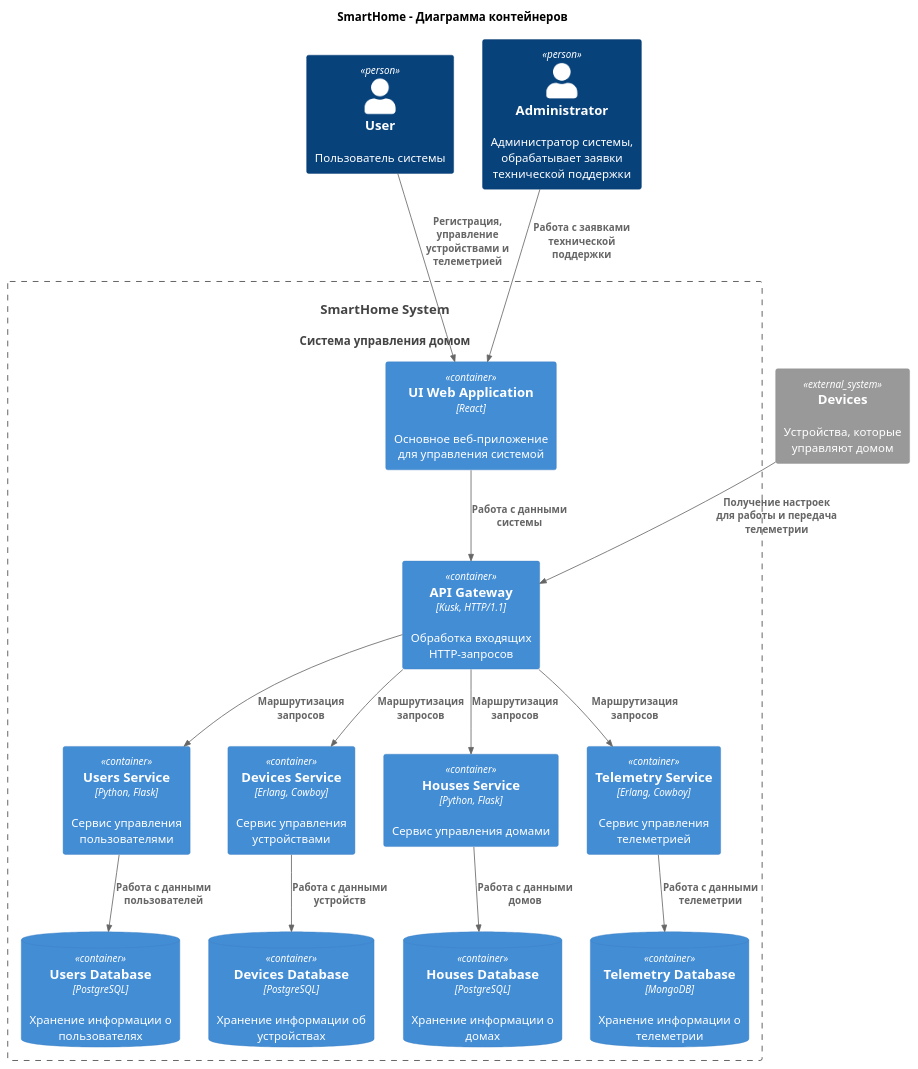
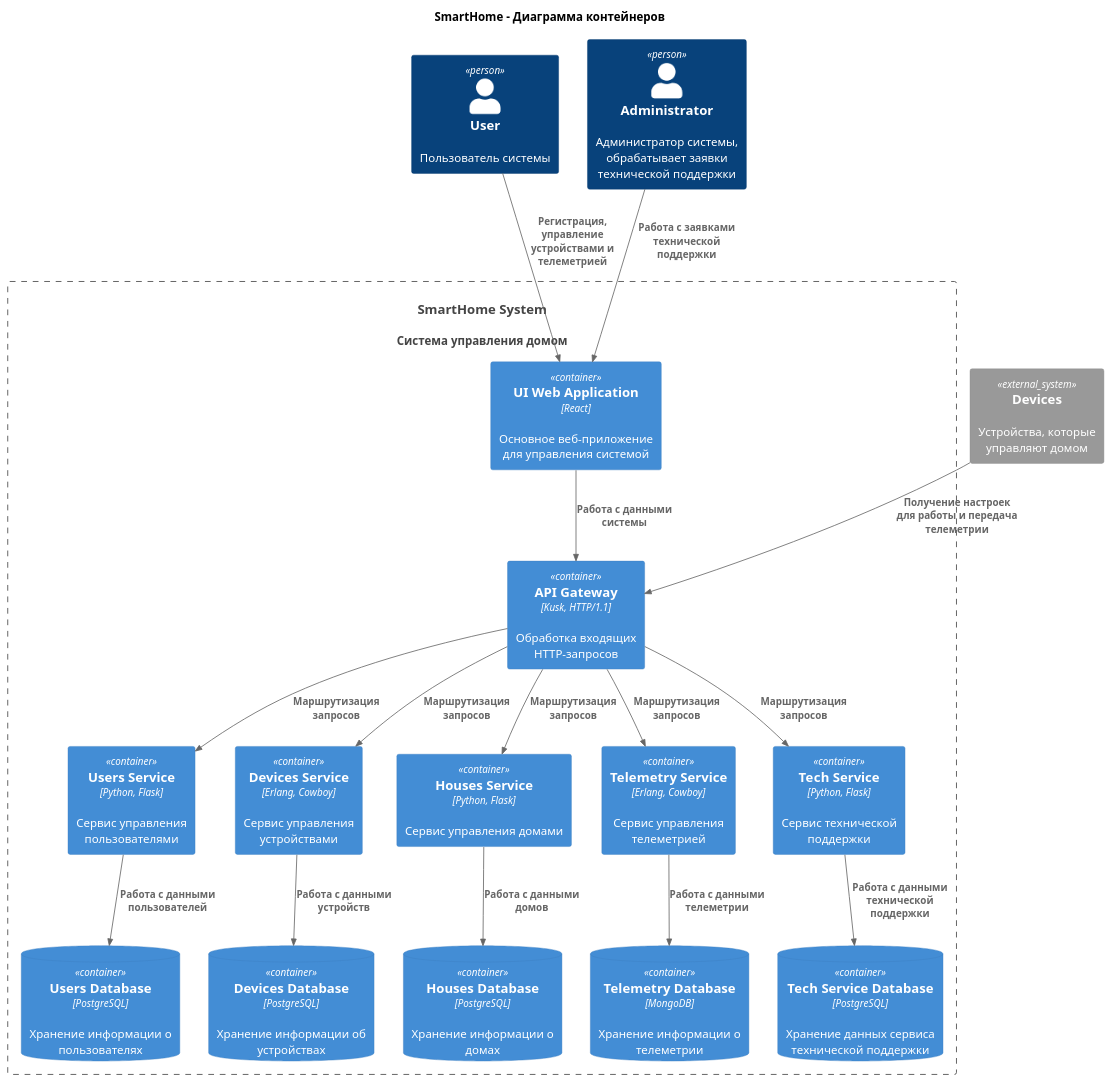
Before and after one commit to snakeduse/architecture-sprint-3: the diagram in diagrams/Container.puml, drawn with PlantUML. The commit also changed 5 other files, not shown here.

Commit message:
docs: Добавил диаграммы компонентов для основных сервисов

```diff
--- a/diagrams/Container.puml
+++ b/diagrams/Container.puml
@@ -1,48 +1,54 @@
 @startuml
 title SmartHome - Диаграмма контейнеров
 
 top to bottom direction
 
 !include ./c4_source/C4_Container.puml
 
 Person(user, "User", "Пользователь системы")
 Person(admin, "Administrator", "Администратор системы, обрабатывает заявки технической поддержки")
 System_Ext(devices_ext, "Devices", "Устройства, которые управляют домом")
 System(SmartHomeSystem, "SmartHome System", "Система управления домом")
 
 Container_Boundary(SmartHomeSystem, "SmartHome System") {
   Container(web_app, "UI Web Application", "React", "Основное веб-приложение для управления системой")
   Container(api_gateway, "API Gateway", "Kusk, HTTP/1.1", "Обработка входящих HTTP-запросов")
 
   Container(users_service, "Users Service", "Python, Flask", "Сервис управления пользователями")
   ContainerDb(users_database, "Users Database", "PostgreSQL", "Хранение информации о пользователях")
 
   Container(devices_service, "Devices Service", "Erlang, Cowboy", "Сервис управления устройствами")
   ContainerDb(devices_database, "Devices Database", "PostgreSQL", "Хранение информации об устройствах")
 
   Container(houses_service, "Houses Service", "Python, Flask", "Сервис управления домами")
   ContainerDb(houses_database, "Houses Database", "PostgreSQL", "Хранение информации о домах")
 
   Container(telemetry_service, "Telemetry Service", "Erlang, Cowboy", "Сервис управления телеметрией")
   ContainerDb(telemetry_database, "Telemetry Database", "MongoDB", "Хранение информации о телеметрии")
+
+  Container(tech_service, "Tech Service", "Python, Flask", "Сервис технической поддержки")
+  ContainerDb(tech_database, "Tech Service Database", "PostgreSQL", "Хранение данных сервиса технической поддержки")
 }
 
 Rel(web_app, api_gateway, "Работа с данными системы")
 
 Rel(user, web_app, "Регистрация, управление устройствами и телеметрией")
 Rel(admin, web_app, "Работа с заявками технической поддержки")
 Rel(devices_ext, api_gateway, "Получение настроек для работы и передача телеметрии")
 
 Rel(api_gateway, users_service, "Маршрутизация запросов")
 Rel(users_service, users_database, "Работа с данными пользователей")
 
 Rel(api_gateway, devices_service, "Маршрутизация запросов")
 Rel(devices_service, devices_database, "Работа с данными устройств")
 
 Rel(api_gateway, houses_service, "Маршрутизация запросов")
 Rel(houses_service, houses_database, "Работа с данными домов")
 
 Rel(api_gateway, telemetry_service, "Маршрутизация запросов")
 Rel(telemetry_service, telemetry_database, "Работа с данными телеметрии")
 
+Rel(api_gateway, tech_service, "Маршрутизация запросов")
+Rel(tech_service, tech_database, "Работа с данными технической поддержки")
+
 @enduml
```
